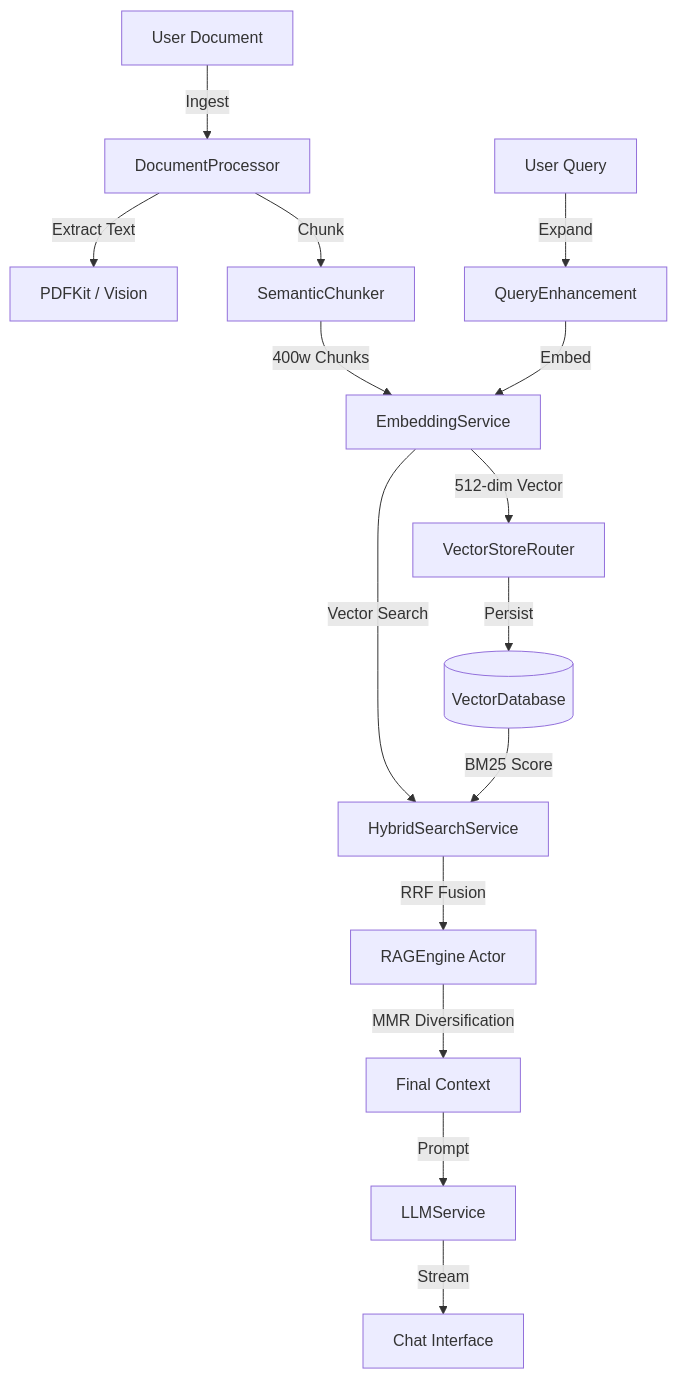
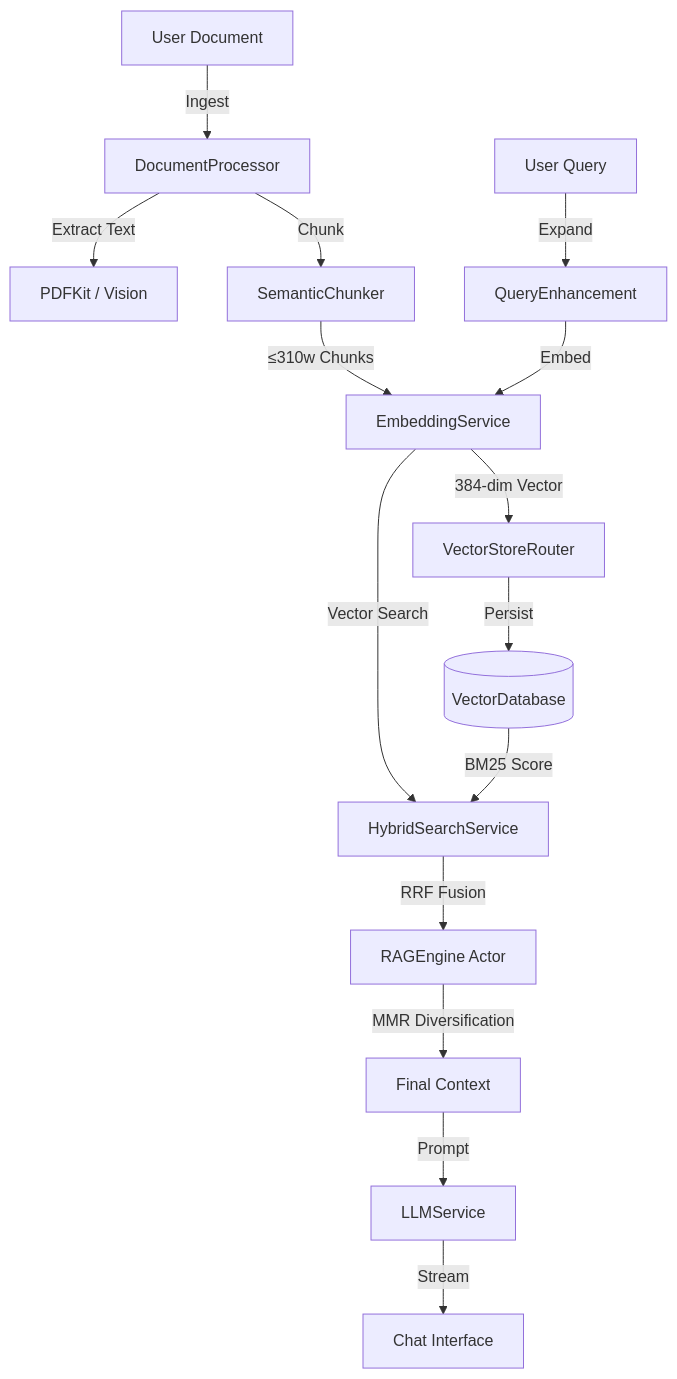
One commit to Gunnarguy/OpenIntelligence changed the diagram in README.md. Above: the diagram before and after it, drawn with Mermaid. The commit also changed other lines of this file and 9 other files, not shown here.

````diff
--- a/README.md
+++ b/README.md
@@ -56,18 +67,18 @@
 ```mermaid
 graph TD
     User[User Document] -->|Ingest| DP[DocumentProcessor]
     DP -->|Extract Text| PDF[PDFKit / Vision]
     DP -->|Chunk| SC[SemanticChunker]
-    SC -->|400w Chunks| ES[EmbeddingService]
-    ES -->|512-dim Vector| VSR[VectorStoreRouter]
+    SC -->|≤310w Chunks| ES[EmbeddingService]
+    ES -->|384-dim Vector| VSR[VectorStoreRouter]
     VSR -->|Persist| DB[(VectorDatabase)]
 
     Query[User Query] -->|Expand| QE[QueryEnhancement]
     QE -->|Embed| ES
     ES -->|Vector Search| HS[HybridSearchService]
     DB -->|BM25 Score| HS
     HS -->|RRF Fusion| RE[RAGEngine Actor]
     RE -->|MMR Diversification| Context[Final Context]
     Context -->|Prompt| LLM[LLMService]
     LLM -->|Stream| UI[Chat Interface]
 ```
````
